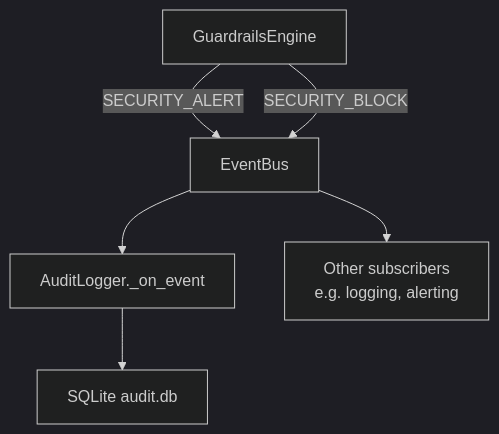
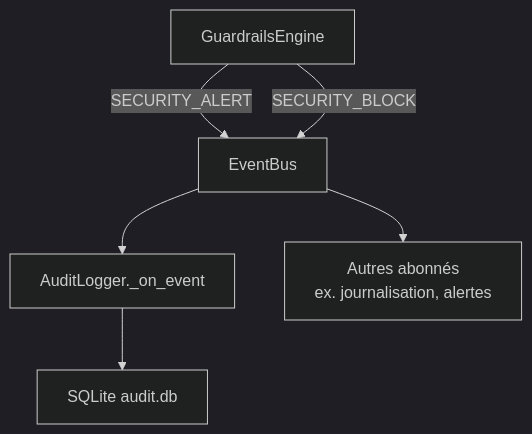
The fifth of 6 diagrams in docs/architecture/security.md (carlitoetienne01-spec/Diapason), drawn with Mermaid (dark theme) before and after one commit. The commit also changed other lines of this file and 257 other files, not shown here.

````diff
--- a/docs/architecture/security.md
+++ b/docs/architecture/security.md
@@ -142,8 +142,8 @@
 ```mermaid
 flowchart TB
     A[GuardrailsEngine] -->|SECURITY_ALERT| B[EventBus]
     A -->|SECURITY_BLOCK| B
     B --> C[AuditLogger._on_event]
     C --> D[SQLite audit.db]
-    B --> E[Other subscribers\ne.g. logging, alerting]
+    B --> E[Autres abonnés\nex. journalisation, alertes]
 ```
````
